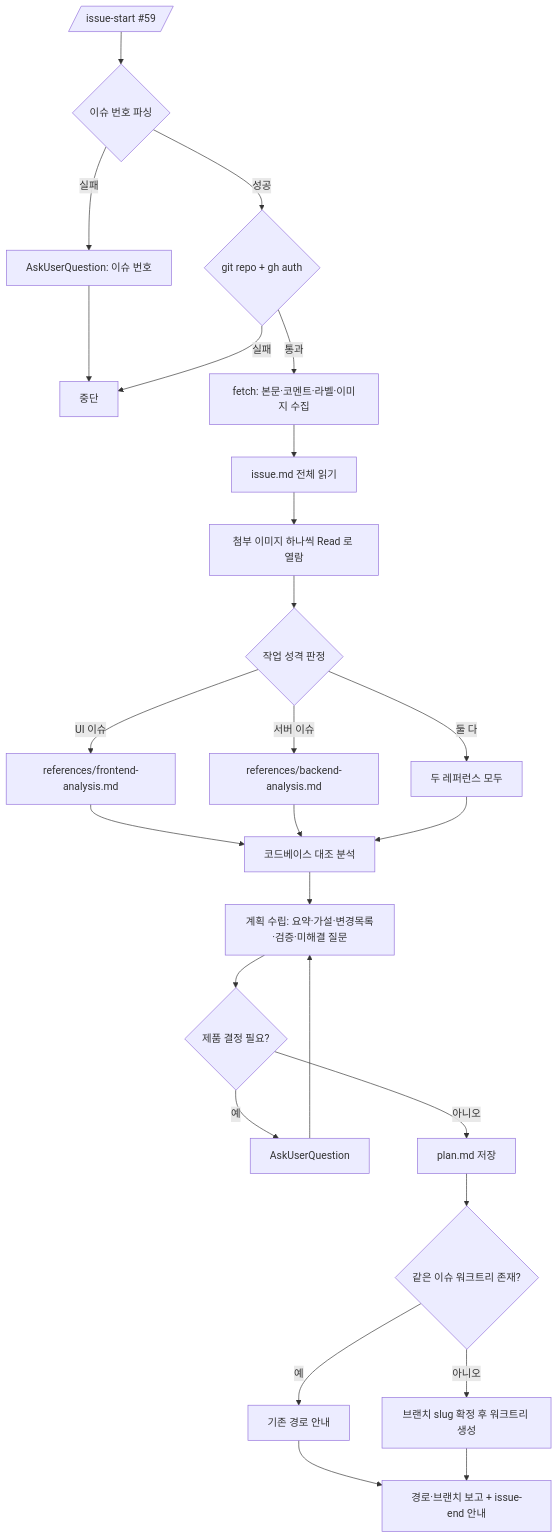
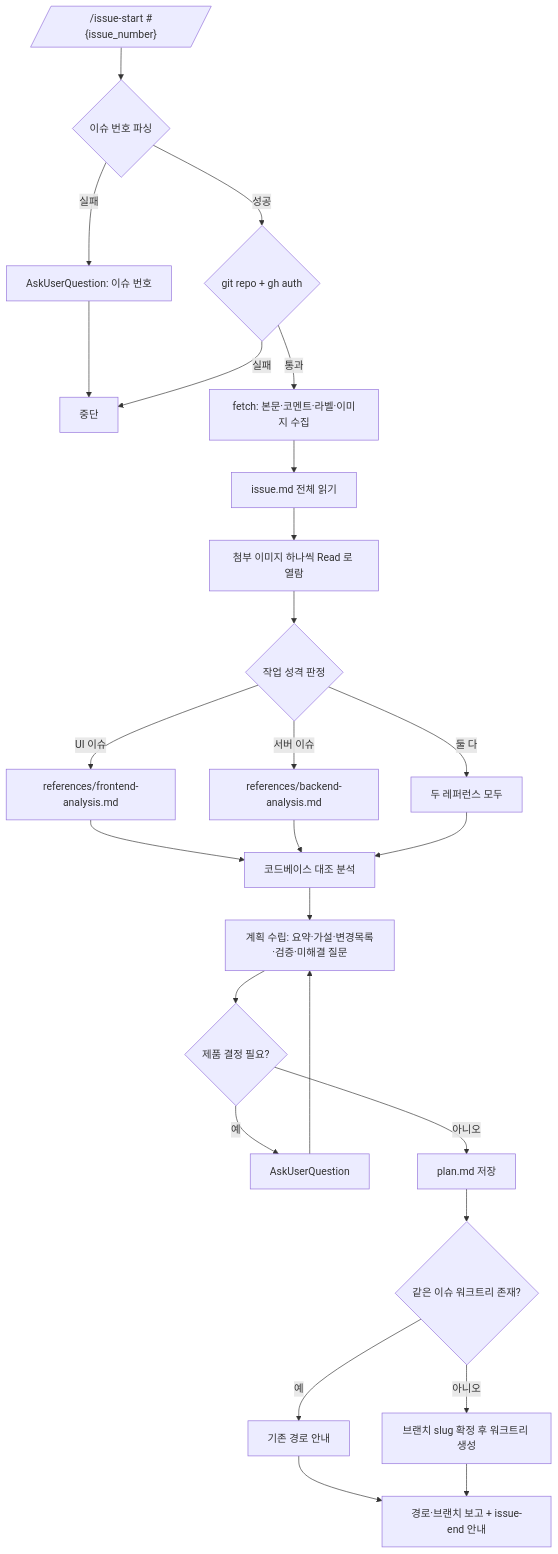
One commit to Mineru98/skills-store changed the diagram in .claude/skills/issue-start/SKILL.md. Above: the diagram before and after it, drawn with Mermaid. The commit also changed other lines of this file and 1 other file, not shown here.

First line of the commit message:
docs(issue-start): 예시 이슈 번호 일반화

````diff
--- a/.claude/skills/issue-start/SKILL.md
+++ b/.claude/skills/issue-start/SKILL.md
@@ -51,30 +51,30 @@
 ```mermaid
 flowchart TD
-    A[/issue-start #59/] --> B{이슈 번호 파싱}
+    A[/"/issue-start #{issue_number}"/] --> B{이슈 번호 파싱}
     B -- 실패 --> B1[AskUserQuestion: 이슈 번호] --> Z0[중단]
     B -- 성공 --> C{git repo + gh auth}
     C -- 실패 --> Z0
     C -- 통과 --> D[fetch: 본문·코멘트·라벨·이미지 수집]
 
     D --> E[issue.md 전체 읽기]
     E --> F[첨부 이미지 하나씩 Read 로 열람]
     F --> G{작업 성격 판정}
 
     G -->|UI 이슈| H1[references/frontend-analysis.md]
     G -->|서버 이슈| H2[references/backend-analysis.md]
     G -->|둘 다| H3[두 레퍼런스 모두]
 
     H1 --> I[코드베이스 대조 분석]
     H2 --> I
     H3 --> I
 
     I --> J[계획 수립: 요약·가설·변경목록·검증·미해결 질문]
     J --> K{제품 결정 필요?}
     K -- 예 --> K1[AskUserQuestion] --> J
     K -- 아니오 --> L[plan.md 저장]
 
     L --> M{같은 이슈 워크트리 존재?}
     M -- 예 --> M1[기존 경로 안내] --> O
     M -- 아니오 --> N[브랜치 slug 확정 후 워크트리 생성]
     N --> O[경로·브랜치 보고 + issue-end 안내]
 ```
````
